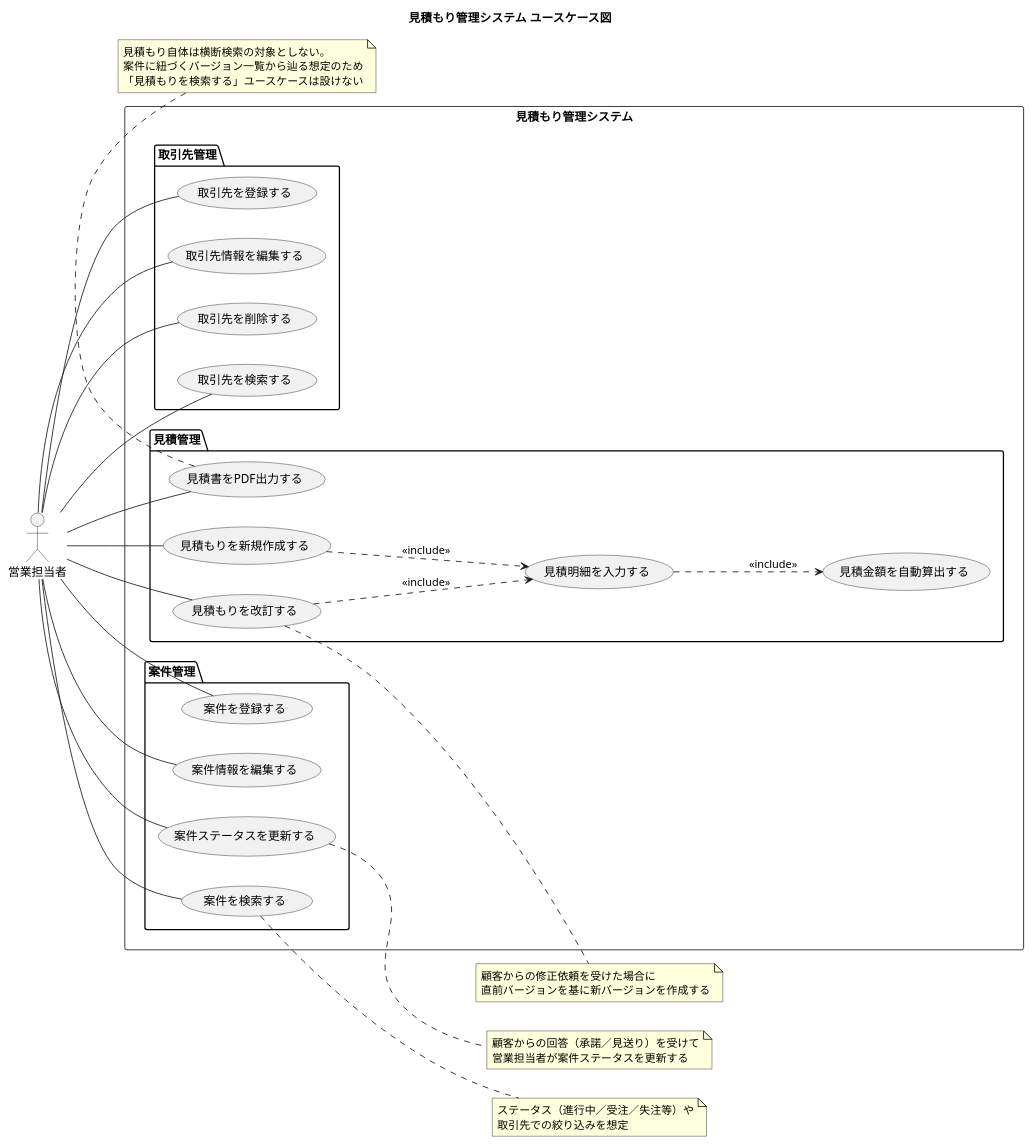
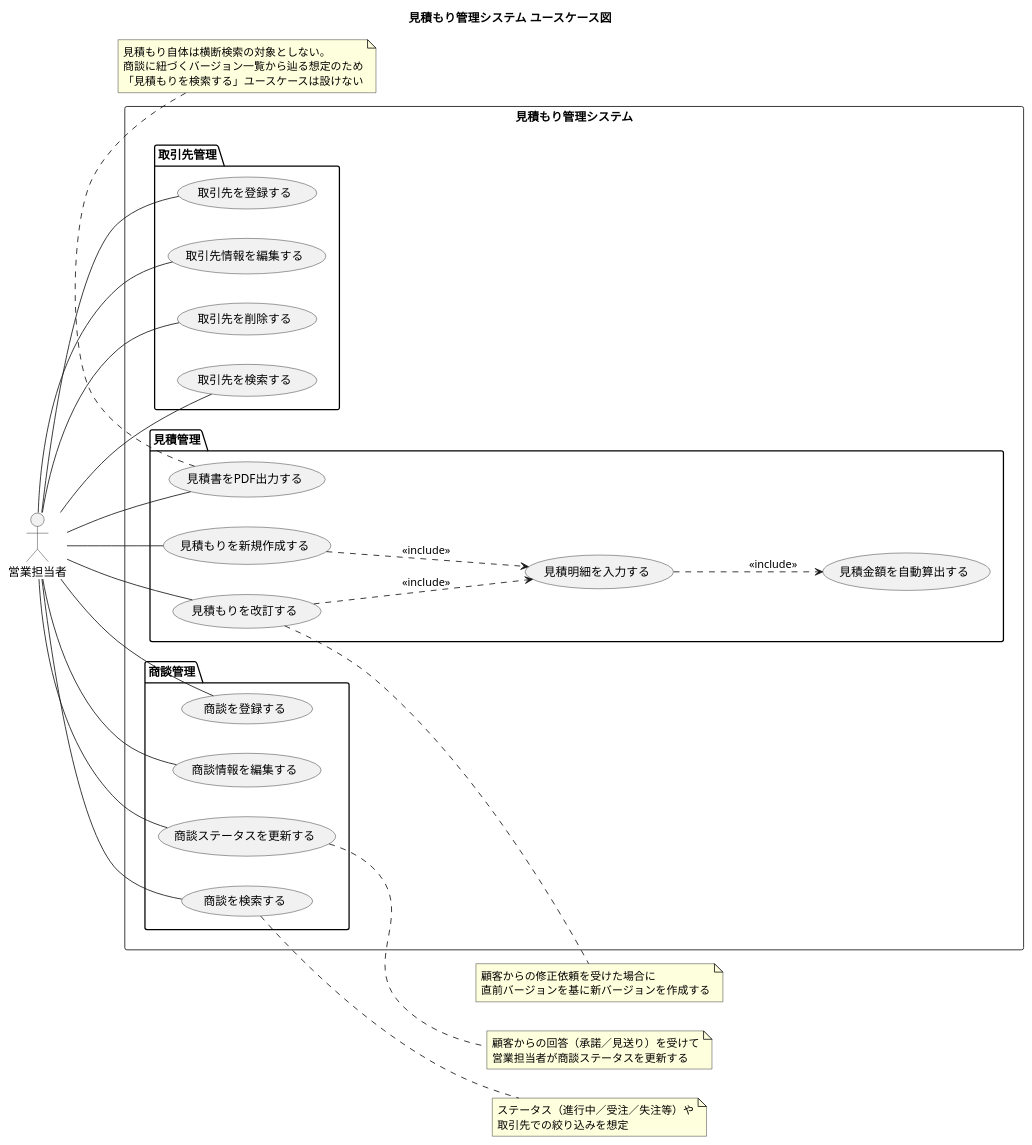
Before and after one commit to sakaguchi-0725/quotation-system: the diagram in docs/draft/usecase.puml, drawn with PlantUML. The commit also changed 2 other files, not shown here.

```diff
--- a/docs/draft/usecase.puml
+++ b/docs/draft/usecase.puml
@@ -1,71 +1,71 @@
 @startuml usecase
 title 見積もり管理システム ユースケース図
 
 left to right direction
 
 actor 営業担当者 as sales
 
 rectangle "見積もり管理システム" {
   package "取引先管理" {
     usecase "取引先を登録する" as UC_PartnerCreate
     usecase "取引先情報を編集する" as UC_PartnerUpdate
     usecase "取引先を削除する" as UC_PartnerDelete
     usecase "取引先を検索する" as UC_PartnerSearch
   }
 
-  package "案件管理" {
-    usecase "案件を登録する" as UC_ProjectCreate
-    usecase "案件情報を編集する" as UC_ProjectUpdate
-    usecase "案件ステータスを更新する" as UC_ProjectStatusUpdate
-    usecase "案件を検索する" as UC_ProjectSearch
+  package "商談管理" {
+    usecase "商談を登録する" as UC_OpportunityCreate
+    usecase "商談情報を編集する" as UC_OpportunityUpdate
+    usecase "商談ステータスを更新する" as UC_OpportunityStatusUpdate
+    usecase "商談を検索する" as UC_OpportunitySearch
   }
 
   package "見積管理" {
     usecase "見積もりを新規作成する" as UC_QuoteCreate
     usecase "見積もりを改訂する" as UC_QuoteRevise
     usecase "見積明細を入力する" as UC_QuoteLineInput
     usecase "見積金額を自動算出する" as UC_QuoteCalculate
     usecase "見積書をPDF出力する" as UC_QuotePdfExport
   }
 }
 
 sales -- UC_PartnerCreate
 sales -- UC_PartnerUpdate
 sales -- UC_PartnerDelete
 sales -- UC_PartnerSearch
 
-sales -- UC_ProjectCreate
-sales -- UC_ProjectUpdate
-sales -- UC_ProjectStatusUpdate
-sales -- UC_ProjectSearch
+sales -- UC_OpportunityCreate
+sales -- UC_OpportunityUpdate
+sales -- UC_OpportunityStatusUpdate
+sales -- UC_OpportunitySearch
 
 sales -- UC_QuoteCreate
 sales -- UC_QuoteRevise
 sales -- UC_QuotePdfExport
 
 UC_QuoteCreate ..> UC_QuoteLineInput : <<include>>
 UC_QuoteRevise ..> UC_QuoteLineInput : <<include>>
 UC_QuoteLineInput ..> UC_QuoteCalculate : <<include>>
 
-note right of UC_ProjectSearch
+note right of UC_OpportunitySearch
   ステータス（進行中／受注／失注等）や
   取引先での絞り込みを想定
 end note
 
-note right of UC_ProjectStatusUpdate
+note right of UC_OpportunityStatusUpdate
   顧客からの回答（承諾／見送り）を受けて
-  営業担当者が案件ステータスを更新する
+  営業担当者が商談ステータスを更新する
 end note
 
 note right of UC_QuoteRevise
   顧客からの修正依頼を受けた場合に
   直前バージョンを基に新バージョンを作成する
 end note
 
 note bottom of UC_QuotePdfExport
   見積もり自体は横断検索の対象としない。
-  案件に紐づくバージョン一覧から辿る想定のため
+  商談に紐づくバージョン一覧から辿る想定のため
   「見積もりを検索する」ユースケースは設けない
 end note
 
 @enduml
```
